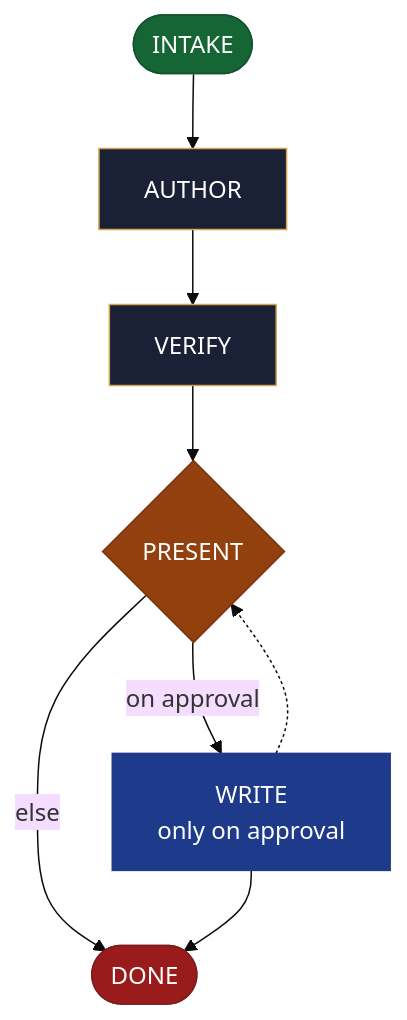
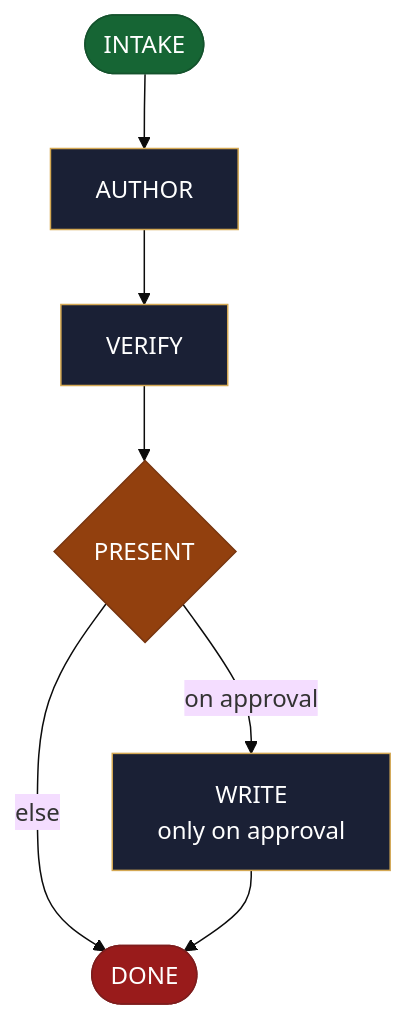
One commit to AndreVianna/aid-methodology changed the diagram in site/src/content/docs/skills/aid-change-document.md. Above: the diagram before and after it, drawn with Mermaid (base theme). The commit also changed other lines of this file and 15 other files, not shown here.

````diff
--- a/site/src/content/docs/skills/aid-change-document.md
+++ b/site/src/content/docs/skills/aid-change-document.md
@@ -20,34 +20,33 @@
 ```mermaid
 flowchart TB
   classDef aidNode color:#fff
   classDef aidEntry fill:#166534,stroke:#14532d,color:#fff
   classDef aidExit fill:#991b1b,stroke:#7f1d1d,color:#fff
   classDef aidDecision fill:#92400e,stroke:#78350f,color:#fff
   classDef aidLoopBack fill:#1e3a8a,stroke:#1e3a8a,color:#fff
   classDef aidStep fill:#1a2035,stroke:#d4a853,color:#f1f5f9
   n1(["INTAKE"])
   n2["AUTHOR"]
   n3["VERIFY"]
   n4{"PRESENT"}
   n5["WRITE<br/>only on approval"]
   n6(["DONE"])
   n1 --> n2
   n2 --> n3
   n3 --> n4
   n4 -->|"on approval"| n5
   n4 -->|"else"| n6
-  n5 -.-> n4
   n5 --> n6
   class n1 aidEntry
   class n2 aidStep
   class n3 aidStep
   class n4 aidDecision
-  class n5 aidLoopBack
+  class n5 aidStep
   class n6 aidExit
   class n1 aidNode
   class n2 aidNode
   class n3 aidNode
   class n4 aidNode
   class n5 aidNode
   class n6 aidNode
 ```
````
